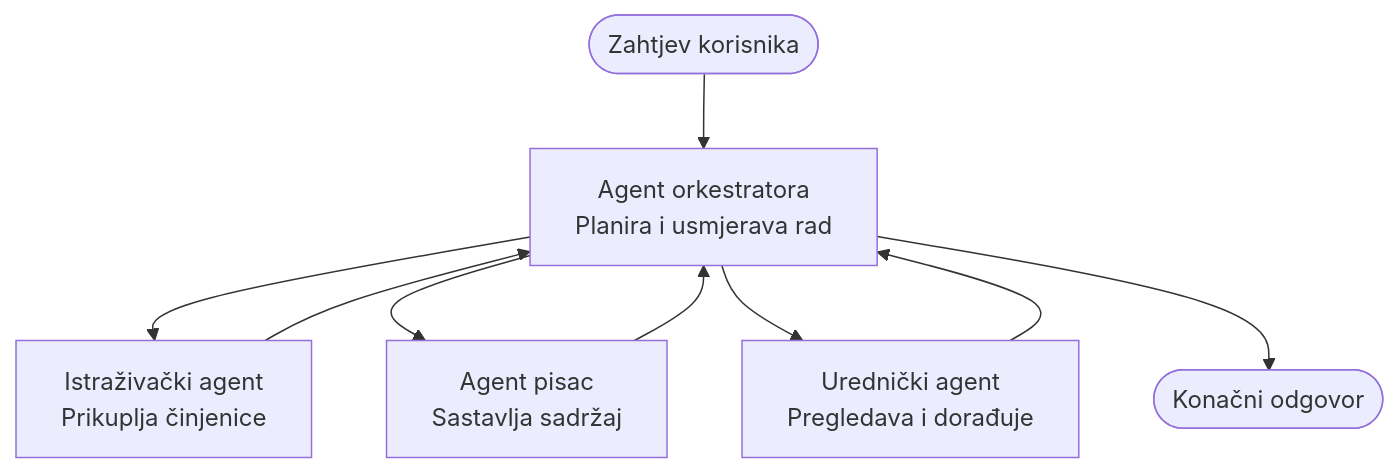
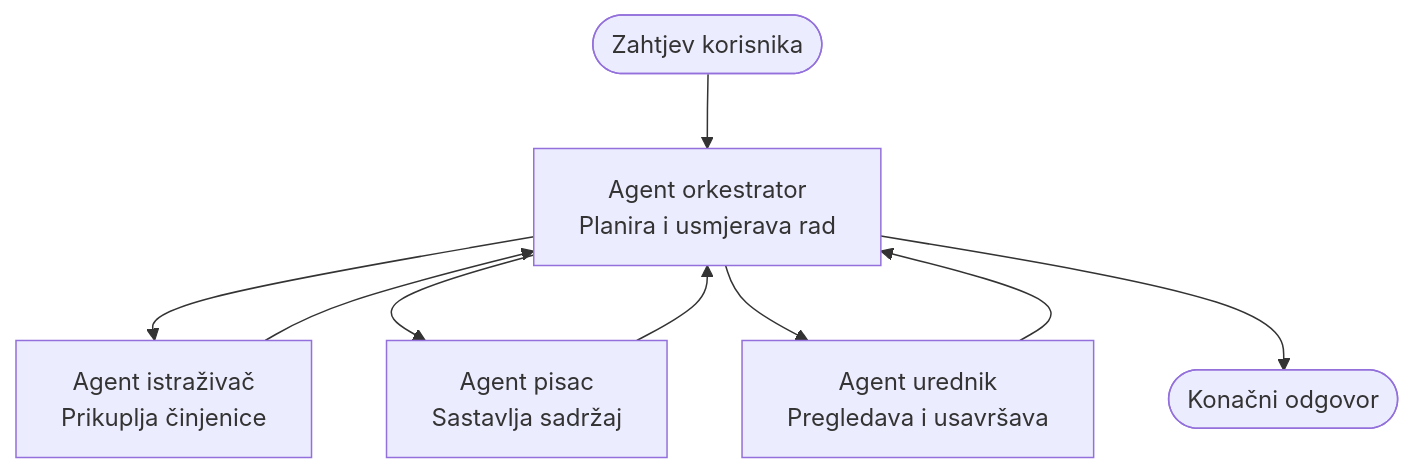
The diagram in translations/hr/docs/chapter-05-multi-agent/multi-agent-basics.md (microsoft/AZD-for-beginners), drawn with Mermaid before and after one commit. The commit also changed other lines of this file and 60 other files, not shown here.

````diff
--- a/translations/hr/docs/chapter-05-multi-agent/multi-agent-basics.md
+++ b/translations/hr/docs/chapter-05-multi-agent/multi-agent-basics.md
@@ -43,11 +43,11 @@
 ```mermaid
 graph TD
-    User([Zahtjev korisnika]) --> Orchestrator[Agent orkestratora<br/>Planira i usmjerava rad]
-    Orchestrator --> Researcher[Istraživački agent<br/>Prikuplja činjenice]
+    User([Zahtjev korisnika]) --> Orchestrator[Agent orkestrator<br/>Planira i usmjerava rad]
+    Orchestrator --> Researcher[Agent istraživač<br/>Prikuplja činjenice]
     Orchestrator --> Writer[Agent pisac<br/>Sastavlja sadržaj]
-    Orchestrator --> Editor[Urednički agent<br/>Pregledava i dorađuje]
+    Orchestrator --> Editor[Agent urednik<br/>Pregledava i usavršava]
     Researcher --> Orchestrator
     Writer --> Orchestrator
     Editor --> Orchestrator
     Orchestrator --> Result([Konačni odgovor])
 ```
````
